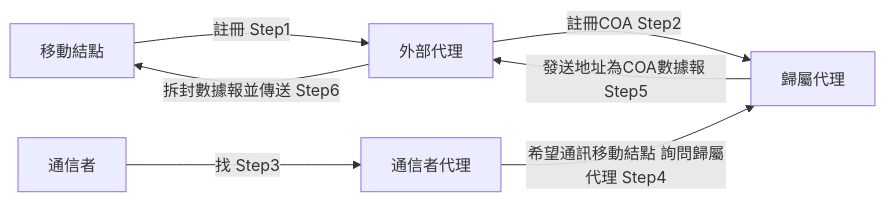
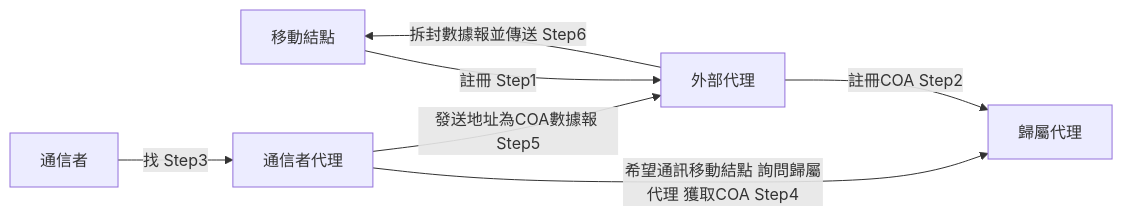
The fifth of 6 diagrams in _posts/2021-07-21-04741-internet.md (chchoiw/chchoiw.github.io), drawn with Mermaid before and after one commit.

````diff
--- a/_posts/2021-07-21-04741-internet.md
+++ b/_posts/2021-07-21-04741-internet.md
@@ -718,9 +718,9 @@
 ```mermaid
 graph LR
     A[移動結點] -- 註冊 Step1 -->  B[外部代理];
     B-- 註冊COA Step2-->C[歸屬代理]
     E[通信者] -- 找 Step3-->D[通信者代理]
-    D -- 希望通訊移動結點 詢問歸屬代理 Step4-->C
-    C--發送地址為COA數據報 Step5-->B
+    D -- 希望通訊移動結點 詢問歸屬代理 獲取COA Step4-->C
+    D--發送地址為COA數據報 Step5-->B
     B-- 拆封數據報並傳送 Step6-->A
 ```
````
